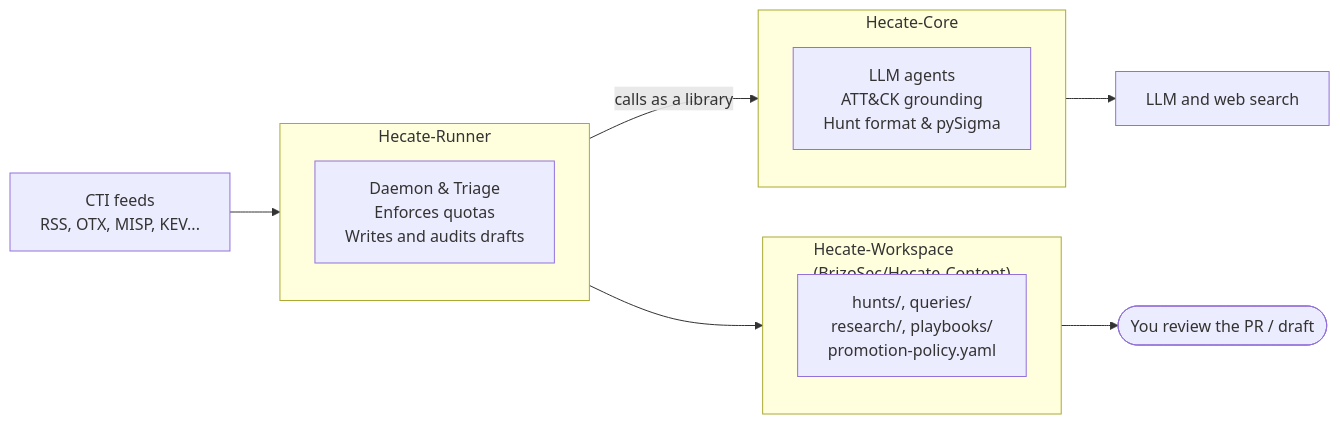
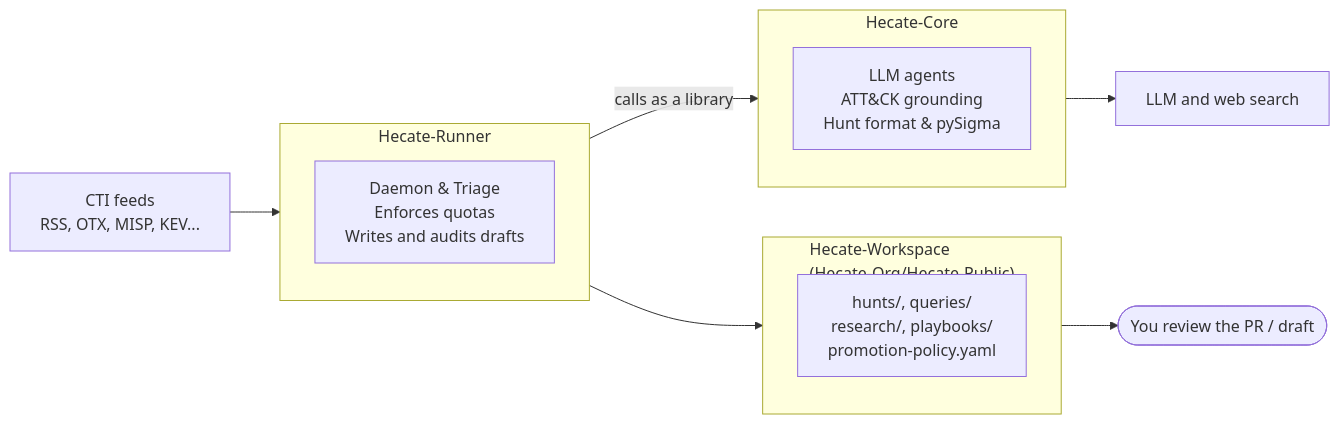
The diagram in docs/ONBOARDING.md (BrizoSec/Hecate-Core), drawn with Mermaid before and after one commit. The commit also changed other lines of this file and 39 other files, not shown here.

````diff
--- a/docs/ONBOARDING.md
+++ b/docs/ONBOARDING.md
@@ -35,17 +35,17 @@
 ```mermaid
 flowchart LR
     FEEDS["CTI feeds<br/>RSS, OTX, MISP, KEV..."] --> RUNNER
     subgraph RUNNER["Hecate-Runner"]
         R1["Daemon & Triage<br/>Enforces quotas<br/>Writes and audits drafts"]
     end
     subgraph CORE["Hecate-Core"]
         C1["LLM agents<br/>ATT&CK grounding<br/>Hunt format & pySigma"]
     end
-    subgraph WS["Hecate-Workspace<br/>(BrizoSec/Hecate-Content)"]
+    subgraph WS["Hecate-Workspace<br/>(Hecate-Org/Hecate-Public)"]
         W1["hunts/, queries/<br/>research/, playbooks/<br/>promotion-policy.yaml"]
     end
     RUNNER -- "calls as a library" --> CORE
     CORE --> LLM["LLM and web search"]
     RUNNER --> WS
     WS --> YOU(["You review the PR / draft"])
 ```
````
